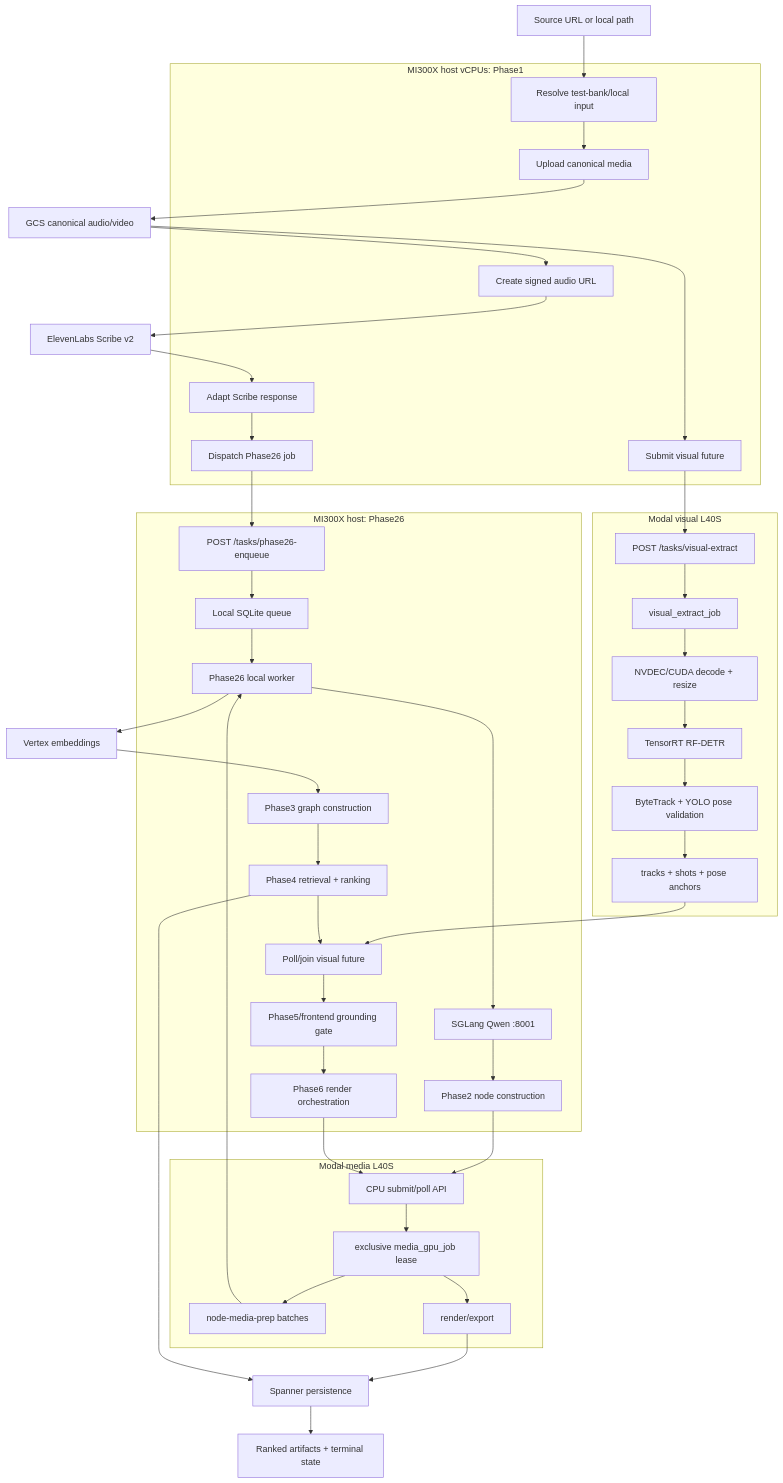
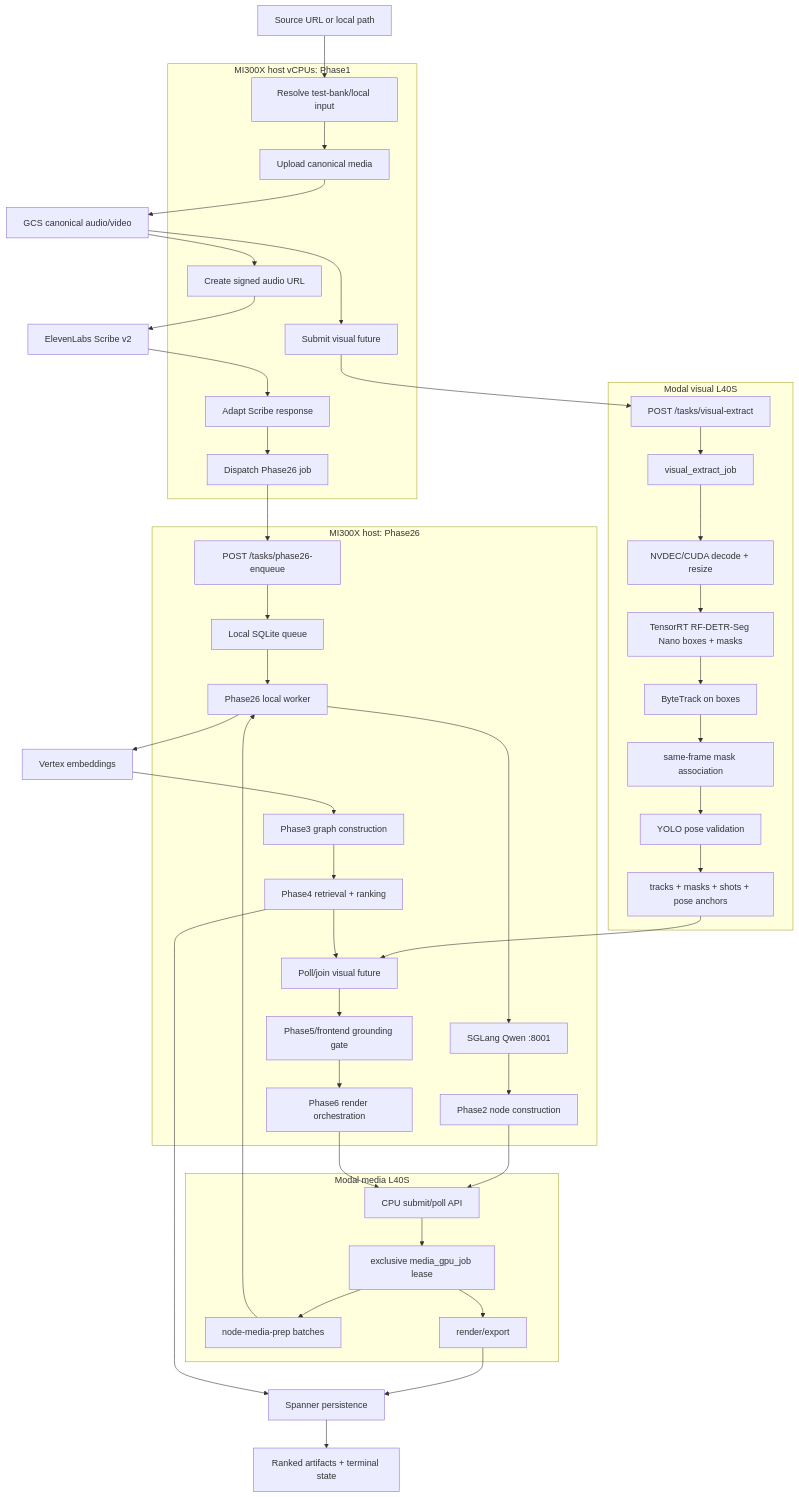
Before and after one commit to ClyptAI/Clypt-Backend: the diagram in docs/ARCHITECTURE.md, drawn with Mermaid. The commit also changed other lines of this file and 29 other files, not shown here.

First line of the commit message:
Use RF-DETR-Seg Nano for Modal visual masks

````diff
--- a/docs/ARCHITECTURE.md
+++ b/docs/ARCHITECTURE.md
@@ -10,61 +10,63 @@
 ```mermaid
 flowchart TD
   source["Source URL or local path"]
   gcs["GCS canonical audio/video"]
   scribe["ElevenLabs Scribe v2"]
   vertex["Vertex embeddings"]
   spanner["Spanner persistence"]
   terminal["Ranked artifacts + terminal state"]
 
   subgraph p1host["MI300X host vCPUs: Phase1"]
     ingest["Resolve test-bank/local input"]
     upload["Upload canonical media"]
     sign["Create signed audio URL"]
     submitVisual["Submit visual future"]
     adapt["Adapt Scribe response"]
     enqueue["Dispatch Phase26 job"]
   end
 
   subgraph visual["Modal visual L40S"]
     visualApi["POST /tasks/visual-extract"]
     visualJob["visual_extract_job"]
     decode["NVDEC/CUDA decode + resize"]
-    detect["TensorRT RF-DETR"]
-    track["ByteTrack + YOLO pose validation"]
-    visualResult["tracks + shots + pose anchors"]
+    detect["TensorRT RF-DETR-Seg Nano boxes + masks"]
+    track["ByteTrack on boxes"]
+    maskAssoc["same-frame mask association"]
+    pose["YOLO pose validation"]
+    visualResult["tracks + masks + shots + pose anchors"]
   end
 
   subgraph p26["MI300X host: Phase26"]
     dispatch["POST /tasks/phase26-enqueue"]
     queue["Local SQLite queue"]
     worker["Phase26 local worker"]
     qwen["SGLang Qwen :8001"]
     phase2["Phase2 node construction"]
     visualJoin["Poll/join visual future"]
     phase3["Phase3 graph construction"]
     phase4["Phase4 retrieval + ranking"]
     phase5["Phase5/frontend grounding gate"]
     phase6["Phase6 render orchestration"]
   end
 
   subgraph media["Modal media L40S"]
     mediaApi["CPU submit/poll API"]
     mediaLease["exclusive media_gpu_job lease"]
     nodePrep["node-media-prep batches"]
     render["render/export"]
   end
 
   source --> ingest --> upload --> gcs
   sign --> scribe --> adapt
   gcs --> sign
-  gcs --> submitVisual --> visualApi --> visualJob --> decode --> detect --> track --> visualResult
+  gcs --> submitVisual --> visualApi --> visualJob --> decode --> detect --> track --> maskAssoc --> pose --> visualResult
   adapt --> enqueue --> dispatch --> queue --> worker
   worker --> qwen --> phase2
   phase2 --> mediaApi --> mediaLease --> nodePrep --> worker
   worker --> vertex --> phase3 --> phase4
   visualResult --> visualJoin
   phase4 --> visualJoin --> phase5 --> phase6
   phase6 --> mediaApi
   mediaLease --> render --> spanner
   phase4 --> spanner --> terminal
 ```
````
